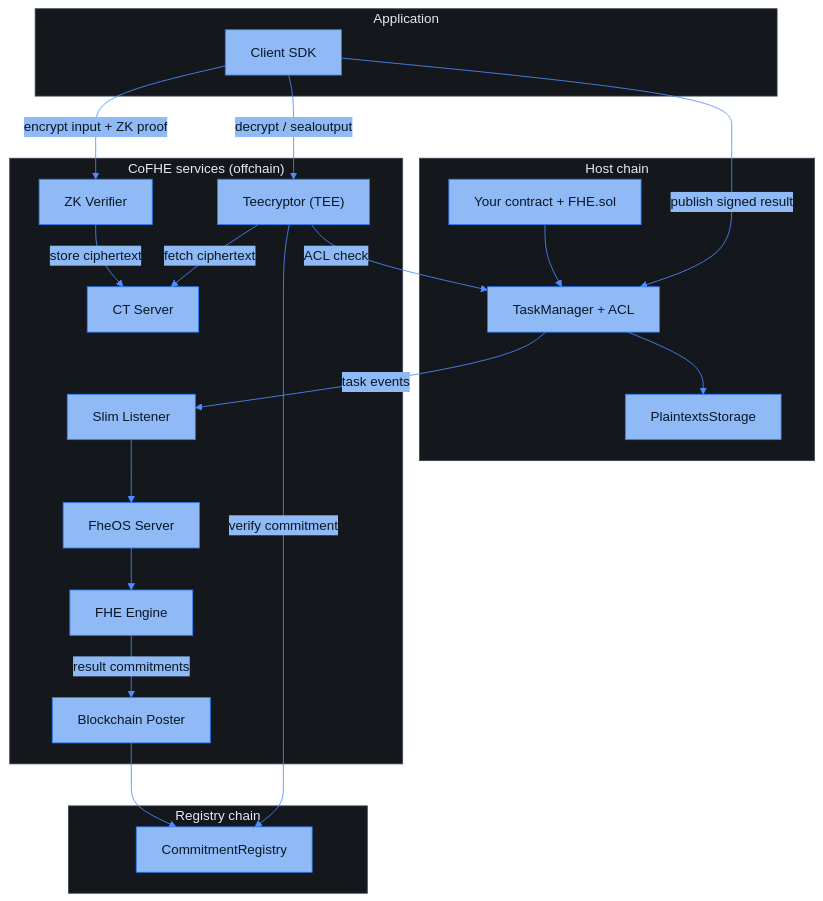
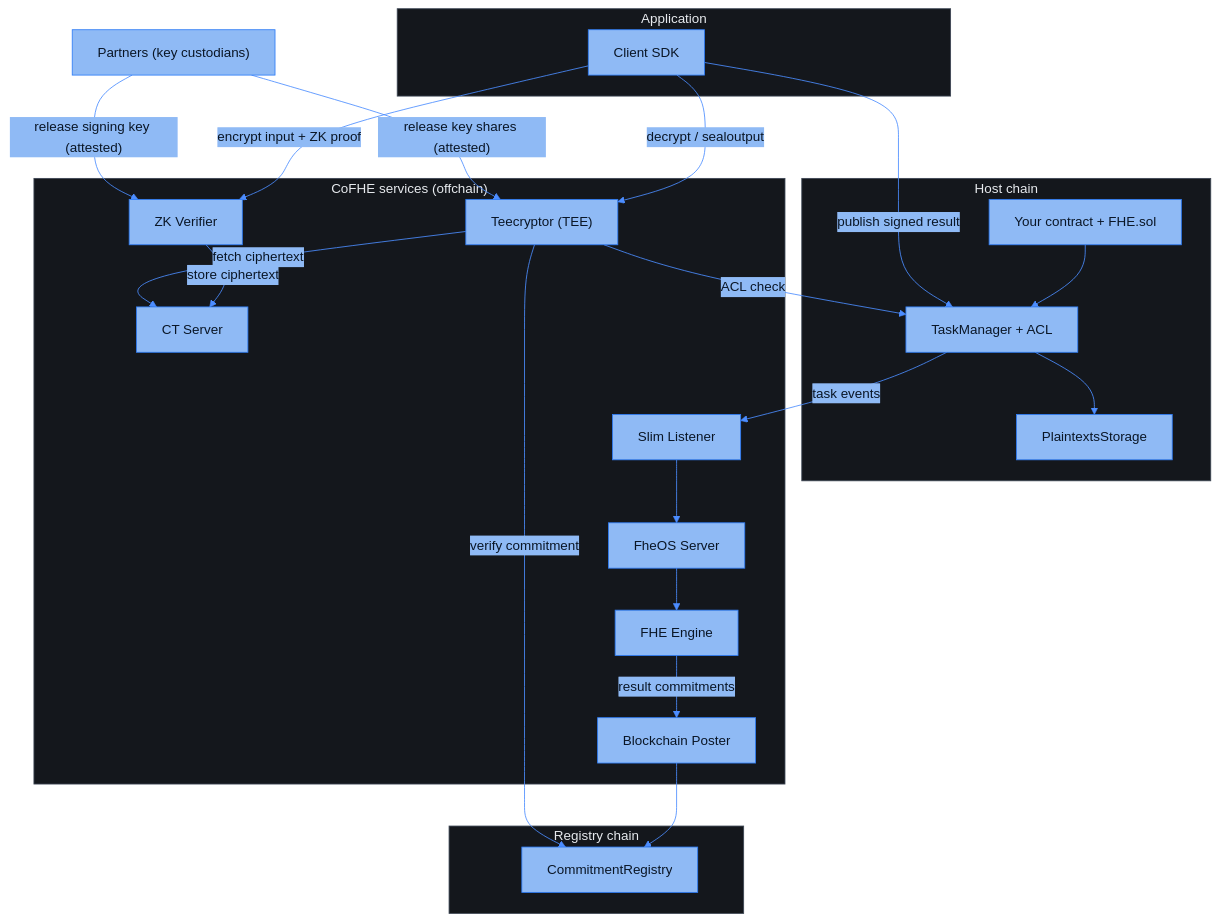
One commit to FhenixProtocol/fhenix-developer-docs changed the diagram in deep-dive/cofhe-components/overview.mdx. Above: the diagram before and after it, drawn with Mermaid. The commit also changed other lines of this file and 2 other files, not shown here.

Commit message:
[DOCS] deep-dive: partners in the overview architecture, key-management links from teecryptor and zk-verifier

````diff
--- a/deep-dive/cofhe-components/overview.mdx
+++ b/deep-dive/cofhe-components/overview.mdx
@@ -8,42 +8,46 @@
 ```mermaid
 %%{init: {"theme": "base", "themeVariables": {"fontFamily": "Menlo, Monaco, Consolas, monospace", "fontSize": "16px", "primaryColor": "#8FBAF5", "primaryBorderColor": "#2E7CF6", "primaryTextColor": "#0A1626", "lineColor": "#4C8DFF", "signalColor": "#4C8DFF", "signalTextColor": "#8FA3BF", "actorBkg": "#8FBAF5", "actorBorder": "#2E7CF6", "actorTextColor": "#0A1626", "actorLineColor": "#3D4654", "noteBkgColor": "#14171C", "noteBorderColor": "#3D4654", "noteTextColor": "#AFC3DE", "activationBkgColor": "#1E3A5F", "activationBorderColor": "#4C8DFF", "clusterBkg": "#14171C", "clusterBorder": "#3D4654", "titleColor": "#E7EAEE", "edgeLabelBackground": "#8FBAF5", "textColor": "#AFC3DE", "labelTextColor": "#E7EAEE", "tertiaryColor": "#14171C", "loopTextColor": "#AFC3DE", "labelBoxBkgColor": "#1E3A5F", "labelBoxBorderColor": "#4C8DFF"}, "sequence": {"actorFontFamily": "Menlo, Monaco, Consolas, monospace", "messageFontFamily": "Menlo, Monaco, Consolas, monospace", "noteFontFamily": "Menlo, Monaco, Consolas, monospace", "width": 220, "actorFontSize": 16, "messageFontSize": 16, "noteFontSize": 15}}}%%
 flowchart TB
     subgraph App["Application"]
         SDK["Client SDK"]
     end
 
     subgraph Host["Host chain"]
         FHEC["Your contract + FHE.sol"]
         TM["TaskManager + ACL"]
         PS["PlaintextsStorage"]
     end
 
     subgraph CoFHE["CoFHE services (offchain)"]
         ZK["ZK Verifier"]
         CTS["CT Server"]
         SL["Slim Listener"]
         FheOS["FheOS Server"]
         Engine["FHE Engine"]
         BP["Blockchain Poster"]
         TEE["Teecryptor (TEE)"]
     end
 
     subgraph Registry["Registry chain"]
         CR["CommitmentRegistry"]
     end
 
+    PRT["Partners (key custodians)"]
+
     SDK -- "encrypt input + ZK proof" --> ZK
     ZK -- "store ciphertext" --> CTS
     FHEC --> TM
     TM -- "task events" --> SL
     SL --> FheOS
     FheOS --> Engine
     Engine -- "result commitments" --> BP
     BP --> CR
     SDK -- "decrypt / sealoutput" --> TEE
     TEE -- "ACL check" --> TM
     TEE -- "fetch ciphertext" --> CTS
     TEE -- "verify commitment" --> CR
     SDK -- "publish signed result" --> TM
     TM --> PS
+    PRT -- "release key shares (attested)" --> TEE
+    PRT -- "release signing key (attested)" --> ZK
 ```
````
